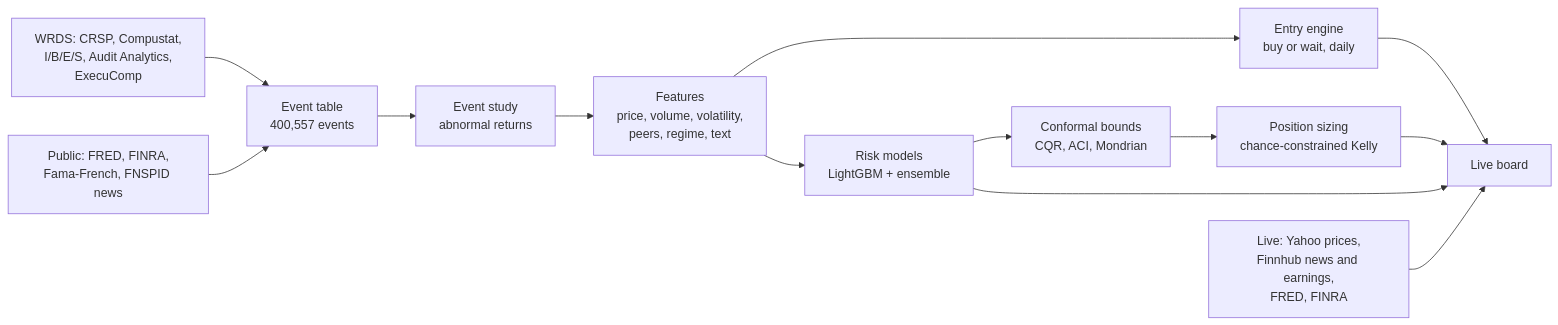
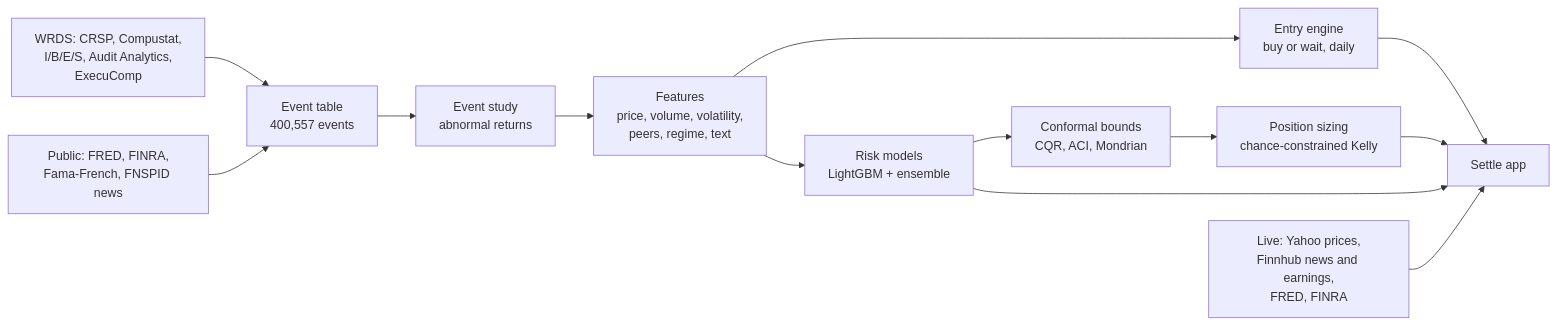
Before and after one commit to clairecwn/StockPredictionModel: the diagram in README.md, drawn with Mermaid. The commit also changed other lines of this file and 113 other files, not shown here.

Commit message:
Live board update

````diff
--- a/README.md
+++ b/README.md
@@ -120,15 +76,15 @@
 ```mermaid
 flowchart LR
     A[WRDS: CRSP, Compustat,<br/>I/B/E/S, Audit Analytics,<br/>ExecuComp] --> B[Event table<br/>400,557 events]
     P[Public: FRED, FINRA,<br/>Fama-French, FNSPID news] --> B
     B --> C[Event study<br/>abnormal returns]
     C --> D[Features<br/>price, volume, volatility,<br/>peers, regime, text]
     D --> E[Risk models<br/>LightGBM + ensemble]
     D --> F[Entry engine<br/>buy or wait, daily]
     E --> G[Conformal bounds<br/>CQR, ACI, Mondrian]
     G --> H[Position sizing<br/>chance-constrained Kelly]
-    F --> L[Live board]
+    F --> L[Settle app]
     H --> L
     E --> L
     Y[Live: Yahoo prices,<br/>Finnhub news and earnings,<br/>FRED, FINRA] --> L
 ```
````
